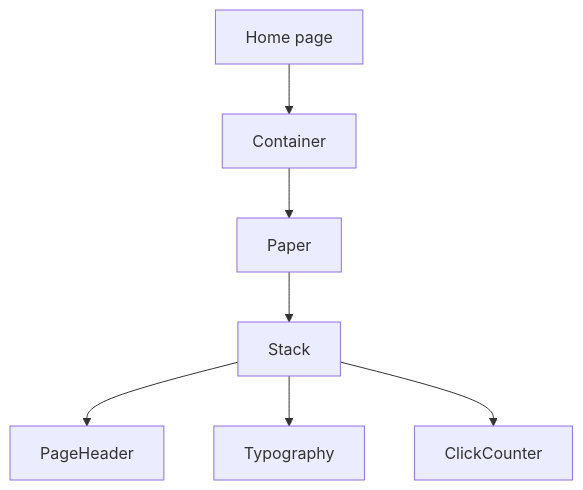
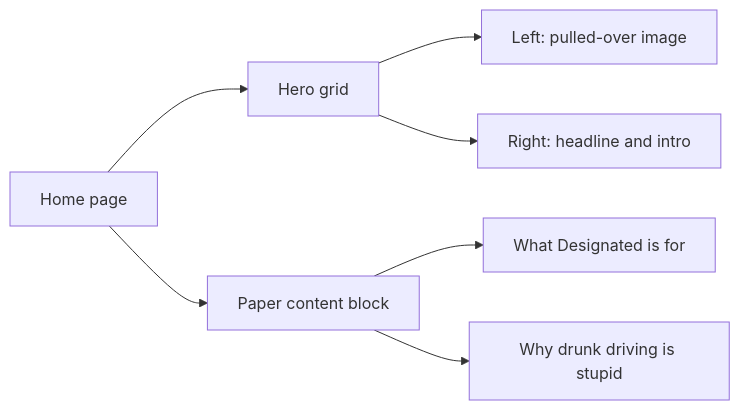
Before and after one commit to matthewlovestocode/designated: the diagram in docs/web/pages/home-page.md, drawn with Mermaid. The commit also changed other lines of this file and 4 other files, not shown here.

````diff
--- a/docs/web/pages/home-page.md
+++ b/docs/web/pages/home-page.md
@@ -99,9 +26,9 @@
 ```mermaid
-flowchart TD
-    A["Home page"] --> B["Container"]
-    B --> C["Paper"]
-    C --> D["Stack"]
-    D --> E["PageHeader"]
-    D --> F["Typography"]
-    D --> G["ClickCounter"]
+flowchart LR
+    A["Home page"] --> B["Hero grid"]
+    B --> C["Left: pulled-over image"]
+    B --> D["Right: headline and intro"]
+    A --> E["Paper content block"]
+    E --> F["What Designated is for"]
+    E --> G["Why drunk driving is stupid"]
 ```
````
